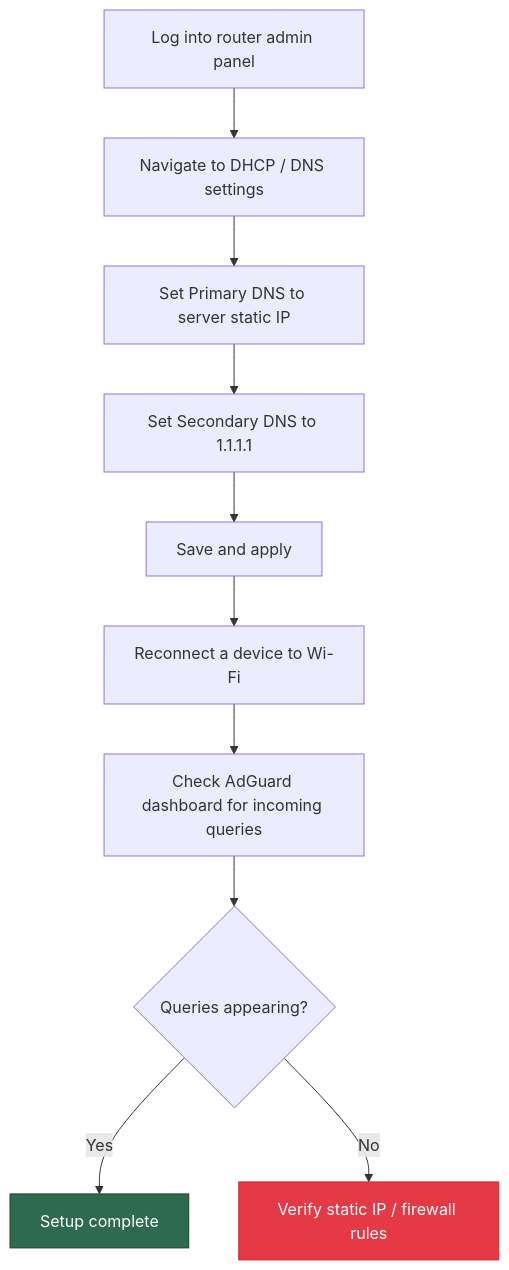
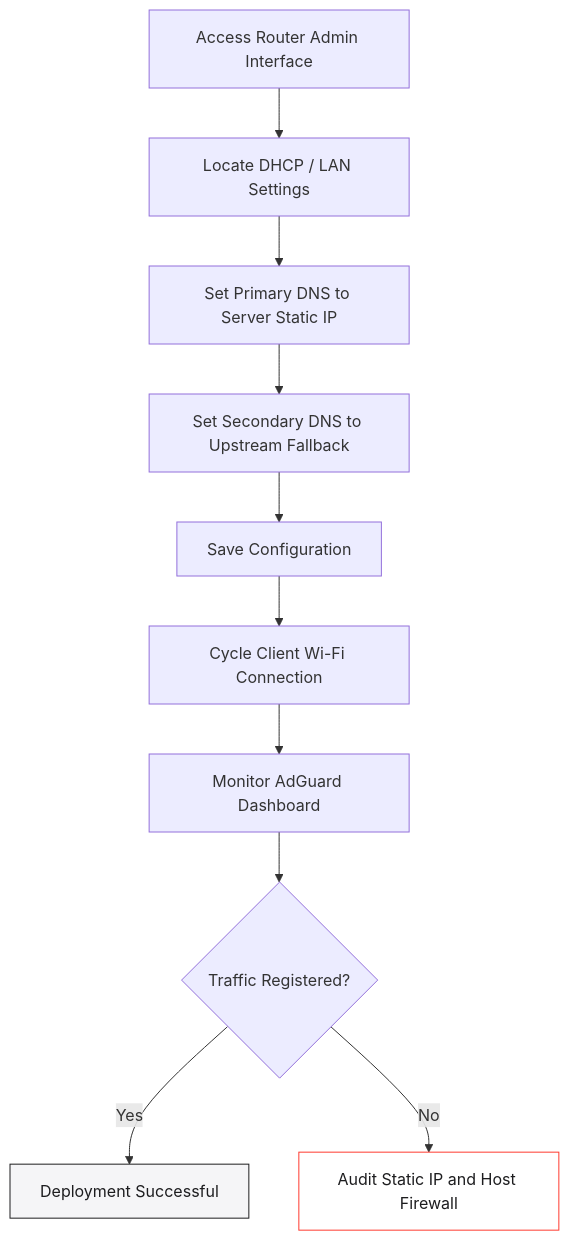
The third of 4 diagrams in README.md (rani-nabulsi/DNS-deployment), drawn with Mermaid before and after one commit. The commit also changed other lines of this file, not shown here.

````diff
--- a/README.md
+++ b/README.md
@@ -170,15 +155,15 @@
 ```mermaid
 flowchart TD
-    A[Log into router admin panel] --> B[Navigate to DHCP / DNS settings]
-    B --> C[Set Primary DNS to server static IP]
-    C --> D[Set Secondary DNS to 1.1.1.1]
-    D --> E[Save and apply]
-    E --> F[Reconnect a device to Wi-Fi]
-    F --> G[Check AdGuard dashboard for incoming queries]
-    G --> H{Queries appearing?}
-    H -- Yes --> I[Setup complete]
-    H -- No --> J[Verify static IP / firewall rules]
+    A[Access Router Admin Interface] --> B[Locate DHCP / LAN Settings]
+    B --> C[Set Primary DNS to Server Static IP]
+    C --> D[Set Secondary DNS to Upstream Fallback]
+    D --> E[Save Configuration]
+    E --> F[Cycle Client Wi-Fi Connection]
+    F --> G[Monitor AdGuard Dashboard]
+    G --> H{Traffic Registered?}
+    H -- Yes --> I[Deployment Successful]
+    H -- No --> J[Audit Static IP and Host Firewall]
 
-    style I fill:#2d6a4f,stroke:#1b4332,color:#fff
-    style J fill:#e63946,stroke:#d62828,color:#fff
+    style I fill:#F5F5F7,stroke:#1D1D1F,color:#1D1D1F
+    style J fill:#FFFFFF,stroke:#FF3B30,color:#1D1D1F
 ```
````
